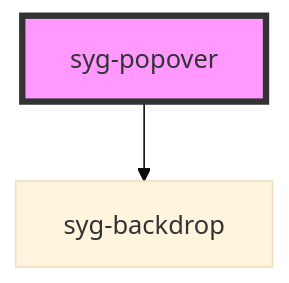
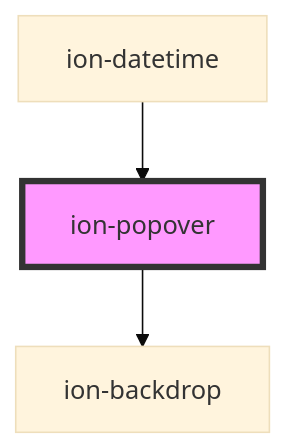
Before and after one commit to badoet/ionic-framework: the diagram in core/src/components/popover/readme.md, drawn with Mermaid (base theme). The commit also changed other lines of this file and 19 other files, not shown here.

````diff
--- a/core/src/components/popover/readme.md
+++ b/core/src/components/popover/readme.md
@@ -641,5 +645,6 @@
 ```mermaid
 graph TD;
-  syg-popover --> syg-backdrop
-  style syg-popover fill:#f9f,stroke:#333,stroke-width:4px
+  ion-popover --> ion-backdrop
+  ion-datetime --> ion-popover
+  style ion-popover fill:#f9f,stroke:#333,stroke-width:4px
 ```
````
